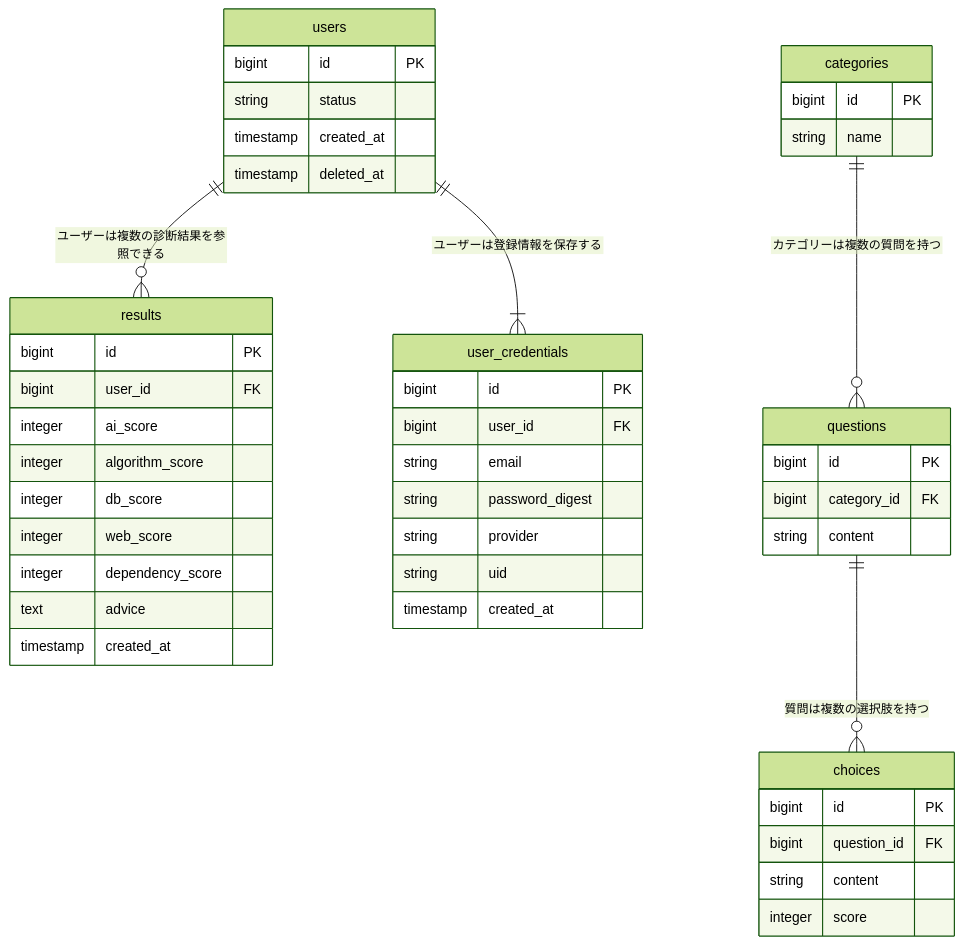
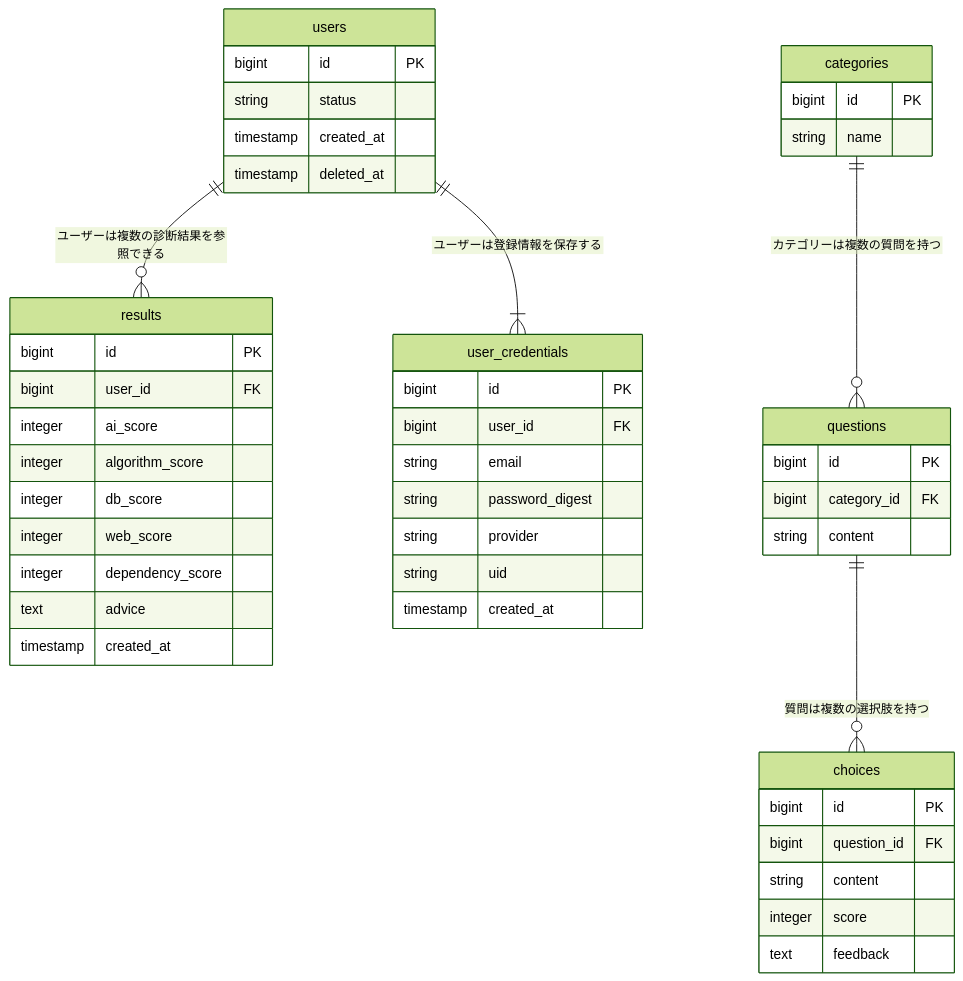
Before and after one commit to rei-dev99/comprehension-debt-checker: the diagram in README.md, drawn with Mermaid (forest theme).

Commit message:
update: choices

````diff
--- a/README.md
+++ b/README.md
@@ -98,55 +98,56 @@
 ```mermaid
 erDiagram
     users ||--o{ results : ユーザーは複数の診断結果を参照できる
     users ||--|{ user_credentials : ユーザーは登録情報を保存する
 
     categories ||--o{ questions : "カテゴリーは複数の質問を持つ"
     questions ||--o{ choices : "質問は複数の選択肢を持つ"
 
     users {
         bigint id PK
         string status
         timestamp created_at
         timestamp deleted_at
     }
 
     user_credentials {
         bigint id PK
         bigint user_id FK
         string email
         string password_digest
         string provider
         string uid
         timestamp created_at
     }
 
     categories {
         bigint id PK
         string name
     }
 
     questions {
         bigint id PK
         bigint category_id FK
         string content
     }
 
     choices {
       bigint id PK
       bigint question_id FK
       string content
       integer score
+      text feedback
     }
 
     results {
         bigint id PK
         bigint user_id FK
         integer ai_score
         integer algorithm_score
         integer db_score
         integer web_score
         integer dependency_score
         text advice
         timestamp created_at
     }
 ```
````
